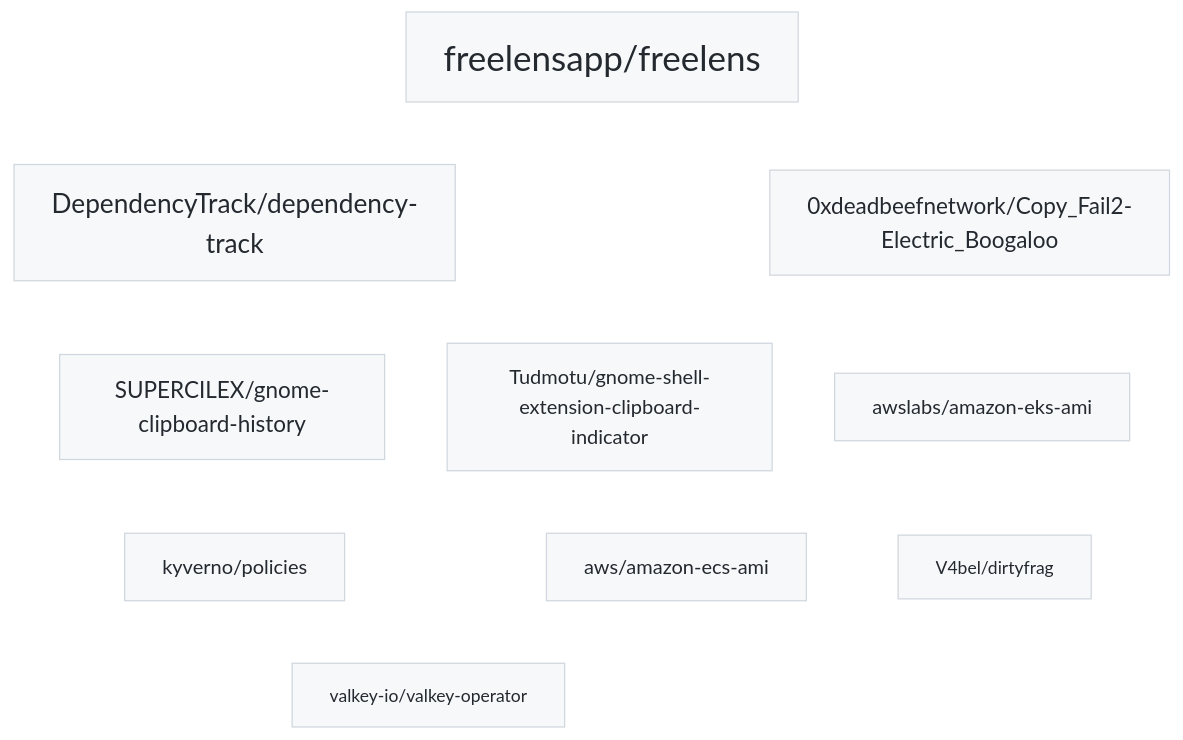
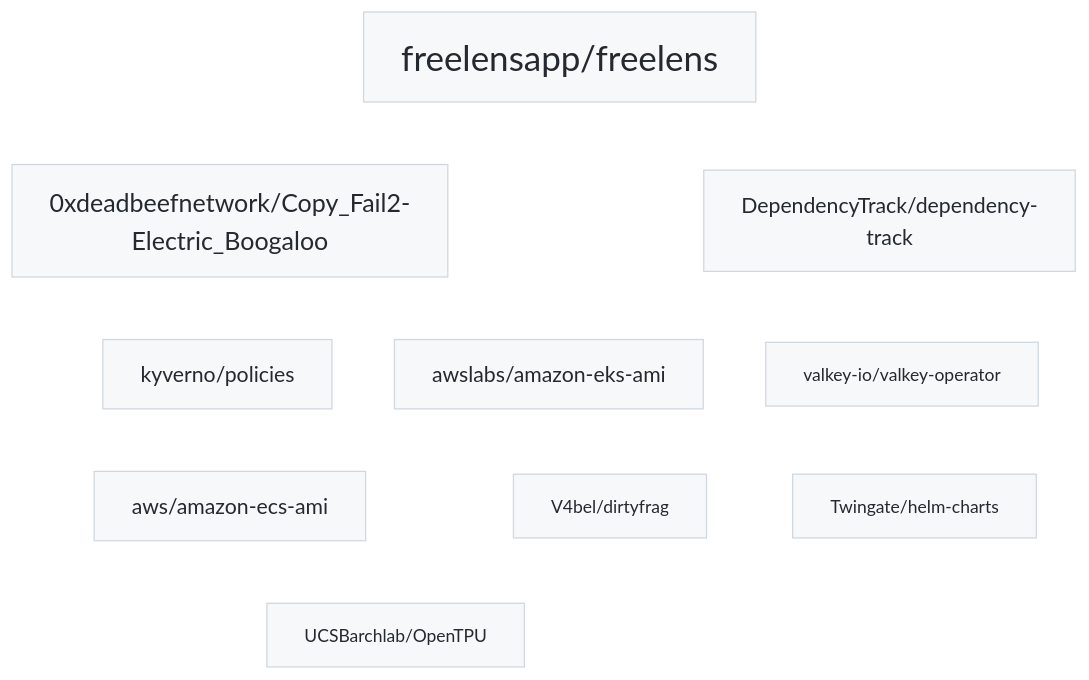
Before and after one commit to kappa8219/kappa8219: the diagram in README.md, drawn with Mermaid.

Commit message:
Update participated projects list

````diff
--- a/README.md
+++ b/README.md
@@ -4,38 +4,38 @@
 ```mermaid
 graph TB
   classDef tag fill:#f6f8fa,stroke:#d0d7de,color:#24292f;
   linkStyle default stroke:transparent,stroke-width:0px;
   p1["freelensapp/freelens"]:::tag
   style p1 font-size:28px
-  p2["DependencyTrack/dependency-track"]:::tag
-  style p2 font-size:21px
-  p3["SUPERCILEX/gnome-clipboard-history"]:::tag
-  style p3 font-size:18px
-  p4["0xdeadbeefnetwork/Copy_Fail2-Electric_Boogaloo"]:::tag
-  style p4 font-size:18px
-  p5["Tudmotu/gnome-shell-extension-clipboard-indicator"]:::tag
-  style p5 font-size:16px
-  p6["kyverno/policies"]:::tag
-  style p6 font-size:16px
-  p7["awslabs/amazon-eks-ami"]:::tag
-  style p7 font-size:16px
-  p8["aws/amazon-ecs-ami"]:::tag
-  style p8 font-size:16px
-  p9["valkey-io/valkey-operator"]:::tag
+  p2["0xdeadbeefnetwork/Copy_Fail2-Electric_Boogaloo"]:::tag
+  style p2 font-size:20px
+  p3["kyverno/policies"]:::tag
+  style p3 font-size:17px
+  p4["DependencyTrack/dependency-track"]:::tag
+  style p4 font-size:17px
+  p5["awslabs/amazon-eks-ami"]:::tag
+  style p5 font-size:17px
+  p6["aws/amazon-ecs-ami"]:::tag
+  style p6 font-size:17px
+  p7["valkey-io/valkey-operator"]:::tag
+  style p7 font-size:14px
+  p8["V4bel/dirtyfrag"]:::tag
+  style p8 font-size:14px
+  p9["UCSBarchlab/OpenTPU"]:::tag
   style p9 font-size:14px
-  p10["V4bel/dirtyfrag"]:::tag
+  p10["Twingate/helm-charts"]:::tag
   style p10 font-size:14px
   p1 --- p2
   p1 --- p4
   p2 --- p3
   p2 --- p5
   p3 --- p6
   p4 --- p5
   p4 --- p7
   p5 --- p6
   p5 --- p8
   p6 --- p9
   p7 --- p8
   p7 --- p10
   p8 --- p9
 ```
````
